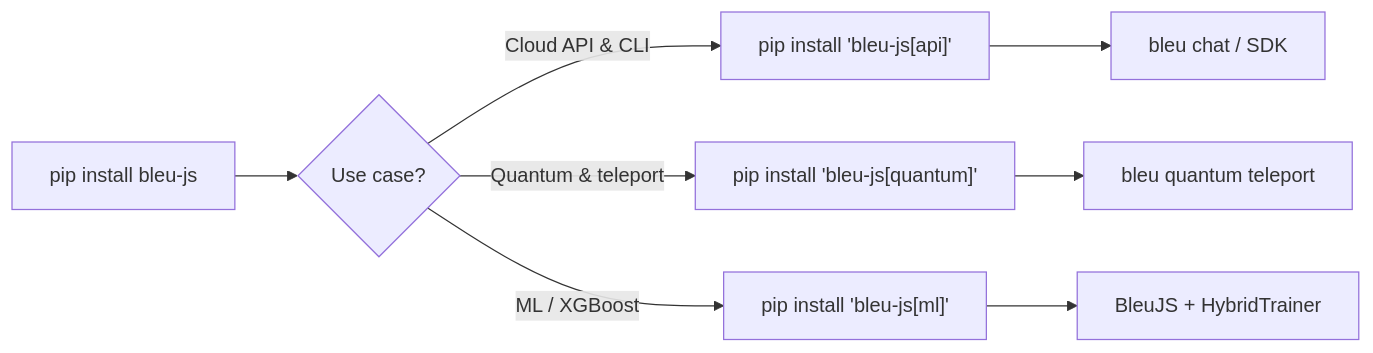
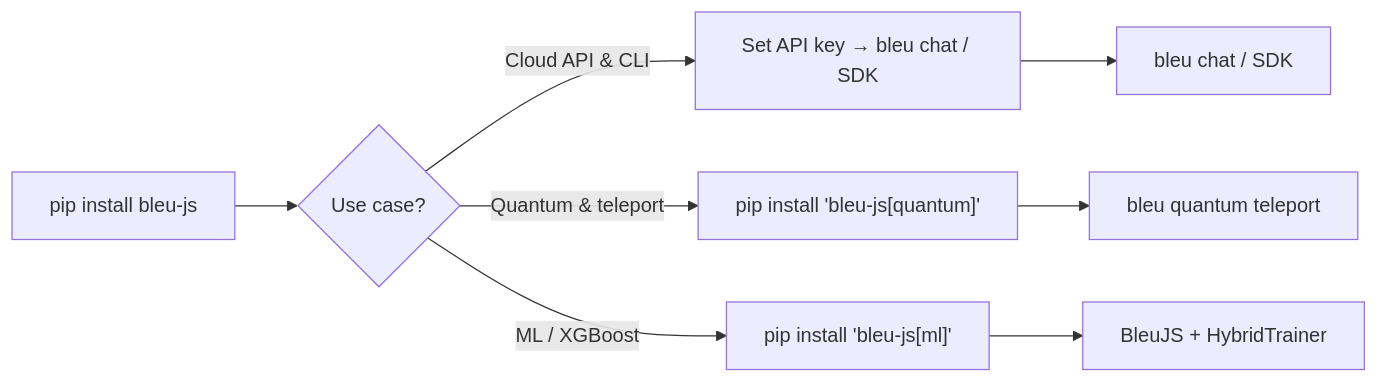
Before and after one commit to HelloblueAI/Bleu.js: the first of 7 diagrams in README.md, drawn with Mermaid. The commit also changed other lines of this file and 42 other files, not shown here.

First line of the commit message:
Repo hygiene: single entry point, install flow, docs, and impact fixes

````diff
--- a/README.md
+++ b/README.md
@@ -331,10 +333,10 @@
 ```mermaid
 flowchart LR
-    A[pip install bleu-js] --> B{Use case?}
-    B -->|Cloud API & CLI| C["pip install 'bleu-js[api]'"]
+    A["pip install bleu-js"] --> B{Use case?}
+    B -->|Cloud API & CLI| C[Set API key → bleu chat / SDK]
     B -->|Quantum & teleport| D["pip install 'bleu-js[quantum]'"]
     B -->|ML / XGBoost| E["pip install 'bleu-js[ml]'"]
     C --> F[bleu chat / SDK]
     D --> G[bleu quantum teleport]
     E --> H[BleuJS + HybridTrainer]
 ```
````
